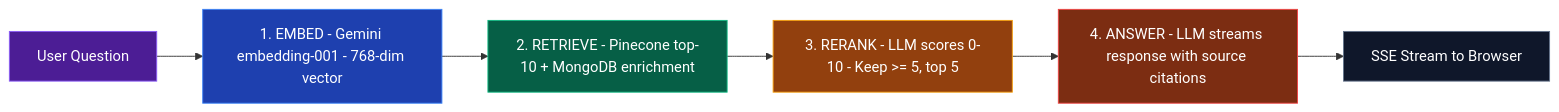
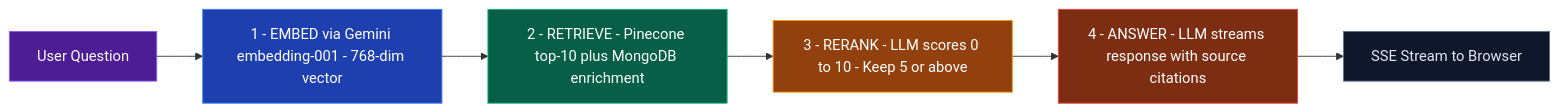
One commit to AniketB26/What-I-Signed changed the sixth of 9 diagrams in README.md. Above: the diagram before and after it, drawn with Mermaid. The commit also changed other lines of this file, not shown here.

````diff
--- a/README.md
+++ b/README.md
@@ -473,16 +469,16 @@
 ```mermaid
 graph LR
-    Q["User Question"]
-    Q --> E["1. EMBED - Gemini embedding-001 - 768-dim vector"]
-    E --> R["2. RETRIEVE - Pinecone top-10 + MongoDB enrichment"]
-    R --> RR["3. RERANK - LLM scores 0-10 - Keep >= 5, top 5"]
-    RR --> A["4. ANSWER - LLM streams response with source citations"]
-    A --> U["SSE Stream to Browser"]
+    Q[User Question]
+    Q --> E[1 - EMBED via Gemini embedding-001 - 768-dim vector]
+    E --> R[2 - RETRIEVE - Pinecone top-10 plus MongoDB enrichment]
+    R --> RR[3 - RERANK - LLM scores 0 to 10 - Keep 5 or above]
+    RR --> A[4 - ANSWER - LLM streams response with source citations]
+    A --> U[SSE Stream to Browser]
 
     style Q fill:#4c1d95,stroke:#8b5cf6,color:#fff
     style E fill:#1e40af,stroke:#3b82f6,color:#fff
     style R fill:#065f46,stroke:#10b981,color:#fff
     style RR fill:#92400e,stroke:#f59e0b,color:#fff
     style A fill:#7c2d12,stroke:#ef4444,color:#fff
-    style U fill:#0f172a,stroke:#64748b,color:#fff
+    style U fill:#0f172a,stroke:#64748b,color:#e2e8f0
 ```
````
